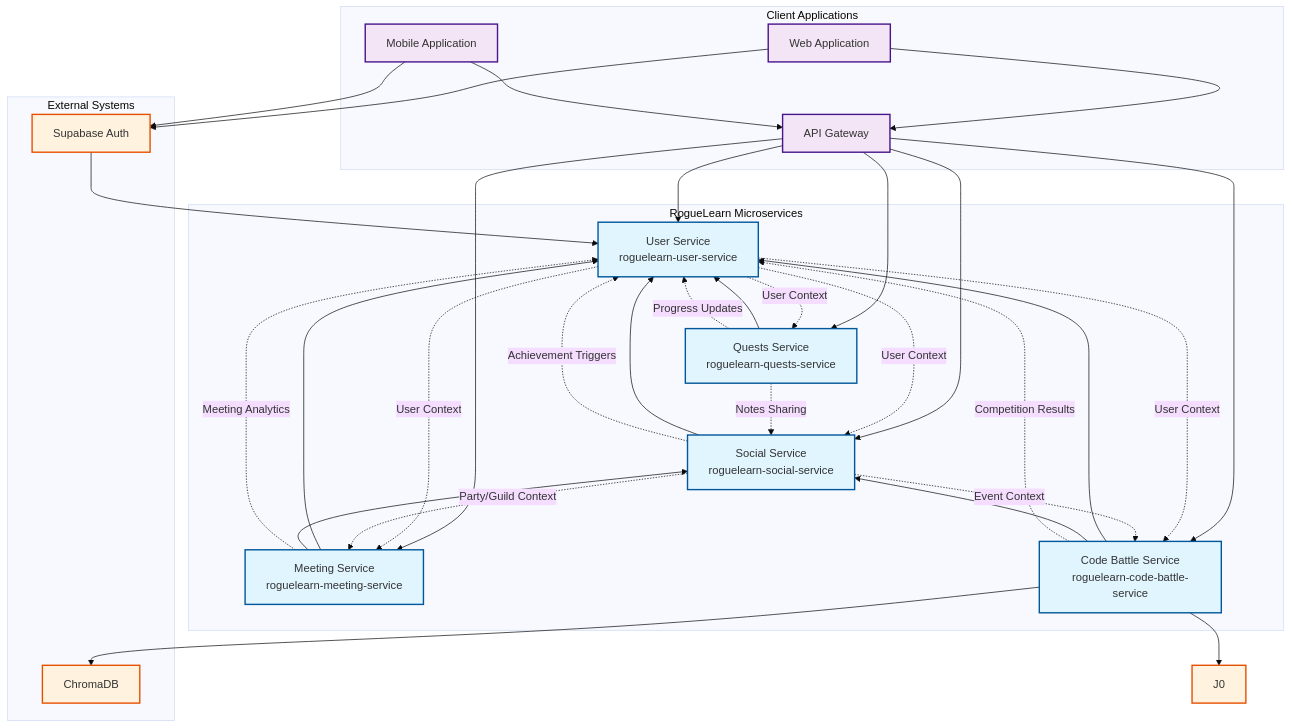
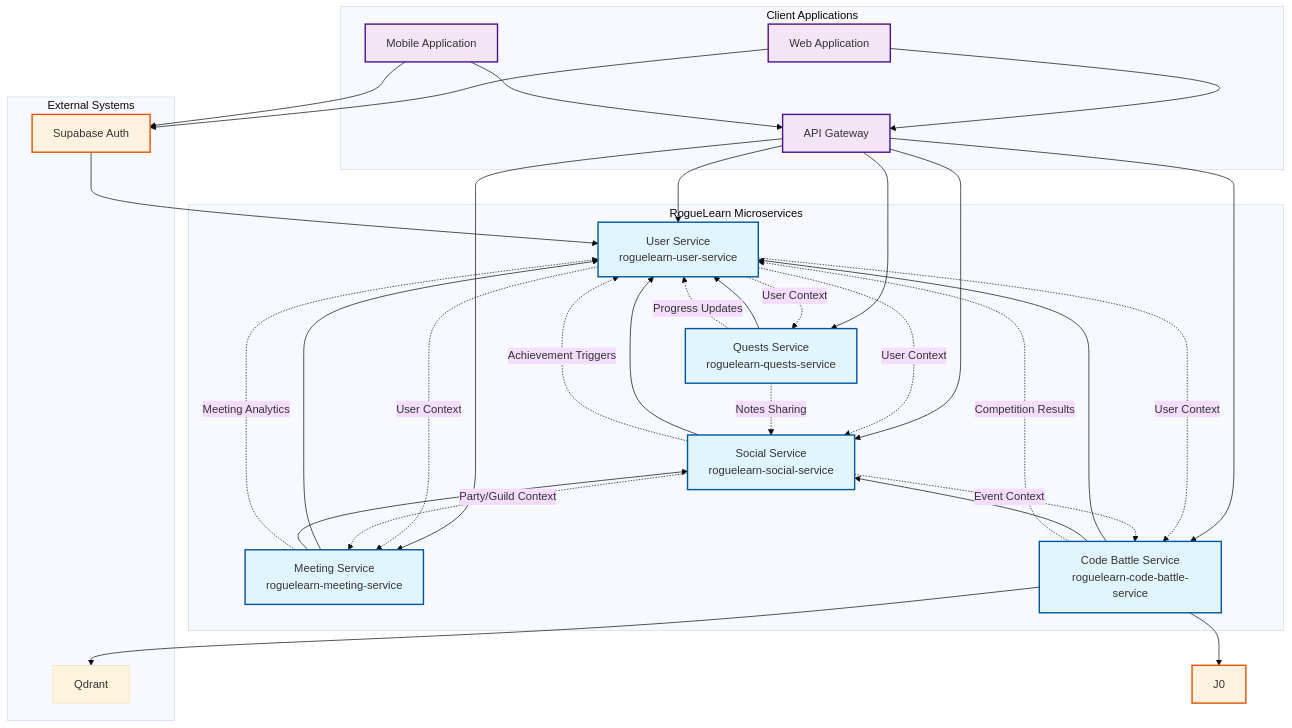
One commit to FA25SE050-RogueLearn/RogueLearn.BMAD.Documentation changed the diagram in mermaid-diagrams/ecosystem/services-ecosystem.md. Above: the diagram before and after it, drawn with Mermaid (base theme). The commit also changed other lines of this file and 15 other files, not shown here.

Commit message:
feat: refined database and adjust relavant files - api speficifcation - data models - script for each services - replace chromadb with qdrant - adjust ERD

````diff
--- a/mermaid-diagrams/ecosystem/services-ecosystem.md
+++ b/mermaid-diagrams/ecosystem/services-ecosystem.md
@@ -5,71 +5,71 @@
 ```mermaid
 graph TB
     %% External Systems
     subgraph "External Systems"
         SA[Supabase Auth]
-        CD[ChromaDB]
+        QD[Qdrant]
     end
     
     %% Core Services
     subgraph "RogueLearn Microservices"
         US[User Service<br/>roguelearn-user-service]
         QS[Quests Service<br/>roguelearn-quests-service]
         SS[Social Service<br/>roguelearn-social-service]
         MS[Meeting Service<br/>roguelearn-meeting-service]
         CBS[Code Battle Service<br/>roguelearn-code-battle-service]
     end
     
     %% Client Applications
     subgraph "Client Applications"
         WEB[Web Application]
         MOB[Mobile Application]
         API[API Gateway]
     end
     
     %% Authentication Flow
     SA --> US
     WEB --> SA
     MOB --> SA
     
     %% API Gateway
     API --> US
     API --> QS
     API --> SS
     API --> MS
     API --> CBS
     WEB --> API
     MOB --> API
     
     %% Inter-Service Dependencies
     QS --> US
     SS --> US
     MS --> US
     MS --> SS
     CBS --> US
     CBS --> SS
     
     %% External Service Dependencies
     CBS --> J0
-    CBS --> CD
+    CBS --> QD
     
     %% Data Flow Indicators
     US -.->|User Context| QS
     US -.->|User Context| SS
     US -.->|User Context| MS
     US -.->|User Context| CBS
     QS -.->|Progress Updates| US
     SS -.->|Achievement Triggers| US
     MS -.->|Meeting Analytics| US
     CBS -.->|Competition Results| US
     SS -.->|Event Context| CBS
     SS -.->|Party/Guild Context| MS
     QS -.->|Notes Sharing| SS
     
     classDef service fill:#e1f5fe,stroke:#01579b,stroke-width:2px
     classDef external fill:#fff3e0,stroke:#e65100,stroke-width:2px
     classDef client fill:#f3e5f5,stroke:#4a148c,stroke-width:2px
     
     class US,QS,SS,MS,CBS service
     class SA,J0,CD external
     class WEB,MOB,API client
 ```
````
